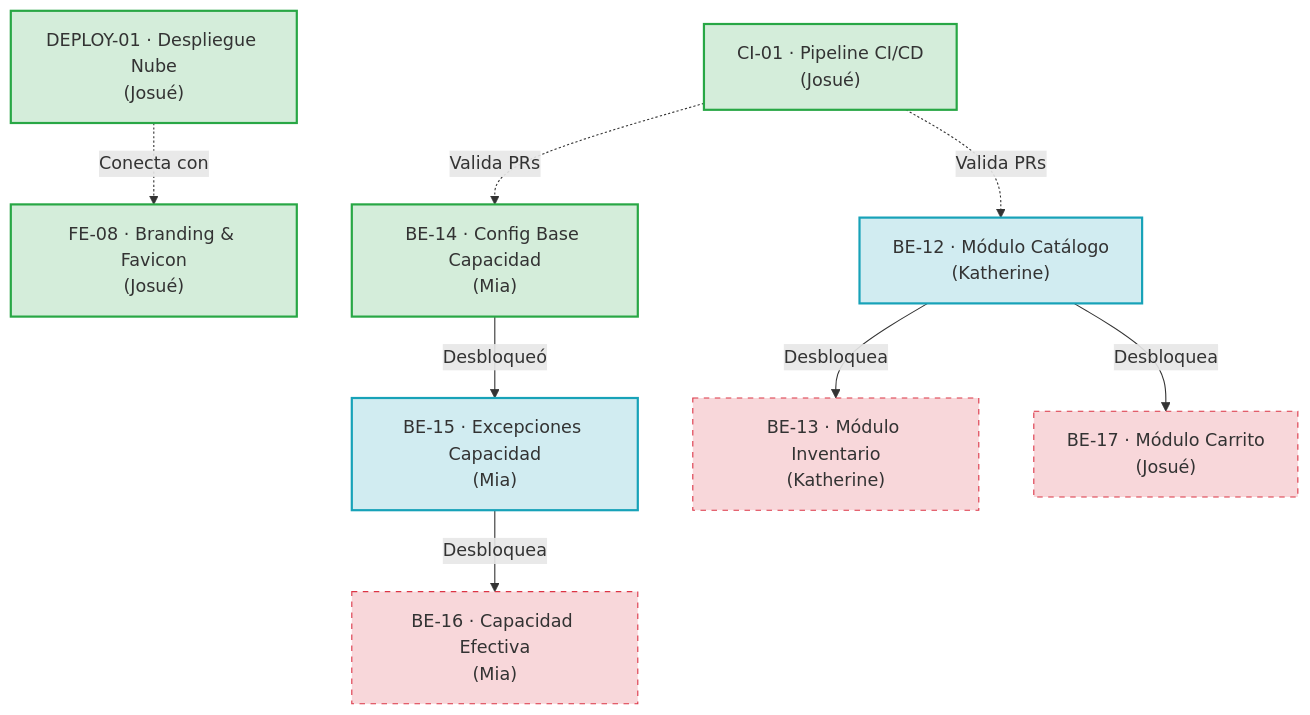
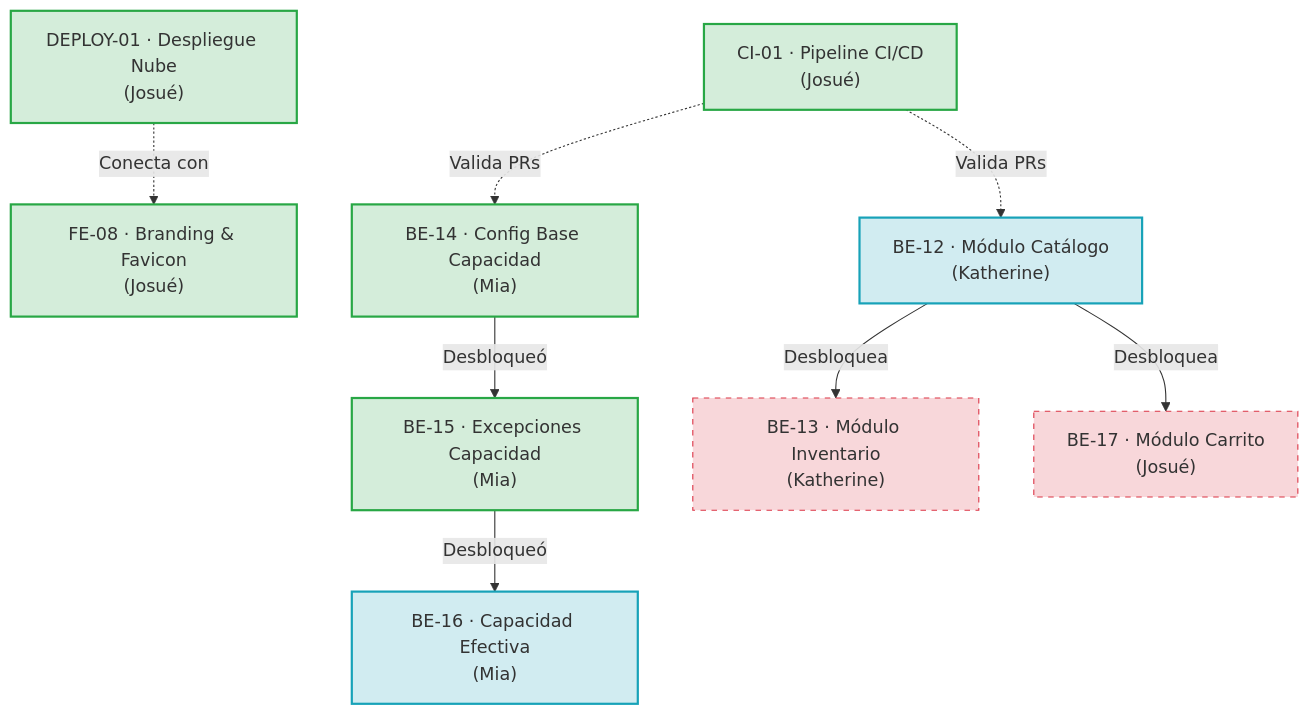
One commit to iJosueeh/jaldishop changed the second of 2 diagrams in docs/06-scrum/sprint-03.md. Above: the diagram before and after it, drawn with Mermaid. The commit also changed other lines of this file and 3 other files, not shown here.

````diff
--- a/docs/06-scrum/sprint-03.md
+++ b/docs/06-scrum/sprint-03.md
@@ -362,25 +363,25 @@
 ```mermaid
 graph TD
     classDef done fill:#d4edda,stroke:#28a745,stroke-width:2px;
     classDef progress fill:#d1ecf1,stroke:#17a2b8,stroke-width:2px;
     classDef review fill:#fff3cd,stroke:#ffc107,stroke-width:2px;
     classDef locked fill:#f8d7da,stroke:#dc3545,stroke-width:1px,stroke-dasharray: 5 5;
 
     CI01["CI-01 · Pipeline CI/CD<br/>(Josué)"]:::done
     DEPLOY01["DEPLOY-01 · Despliegue Nube<br/>(Josué)"]:::done
     FE08["FE-08 · Branding & Favicon<br/>(Josué)"]:::done
     BE14["BE-14 · Config Base Capacidad<br/>(Mia)"]:::done
-    BE15["BE-15 · Excepciones Capacidad<br/>(Mia)"]:::progress
+    BE15["BE-15 · Excepciones Capacidad<br/>(Mia)"]:::done
+    BE16["BE-16 · Capacidad Efectiva<br/>(Mia)"]:::progress
     BE12["BE-12 · Módulo Catálogo<br/>(Katherine)"]:::progress
-    BE16["BE-16 · Capacidad Efectiva<br/>(Mia)"]:::locked
     BE13["BE-13 · Módulo Inventario<br/>(Katherine)"]:::locked
     BE17["BE-17 · Módulo Carrito<br/>(Josué)"]:::locked
 
     CI01 -. Valida PRs .-> BE12
     CI01 -. Valida PRs .-> BE14
     DEPLOY01 -. Conecta con .-> FE08
     BE14 -->|Desbloqueó| BE15
-    BE15 -->|Desbloquea| BE16
+    BE15 -->|Desbloqueó| BE16
     BE12 -->|Desbloquea| BE13
     BE12 -->|Desbloquea| BE17
 ```
````
